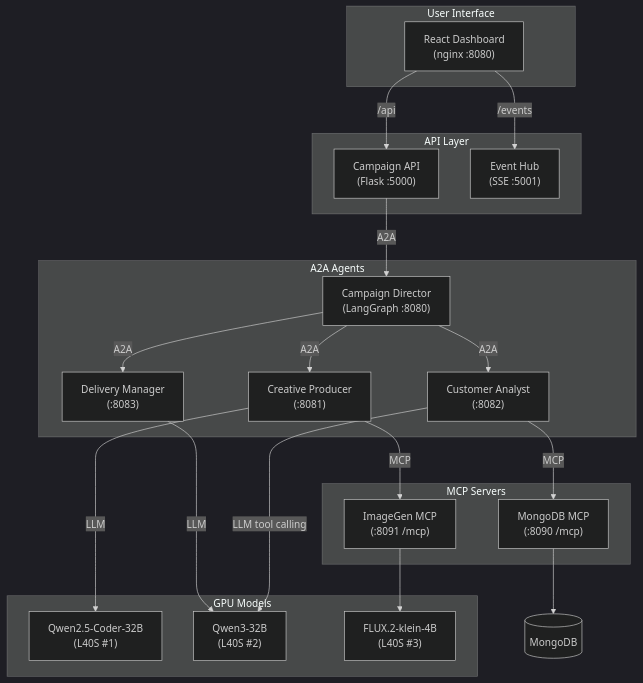
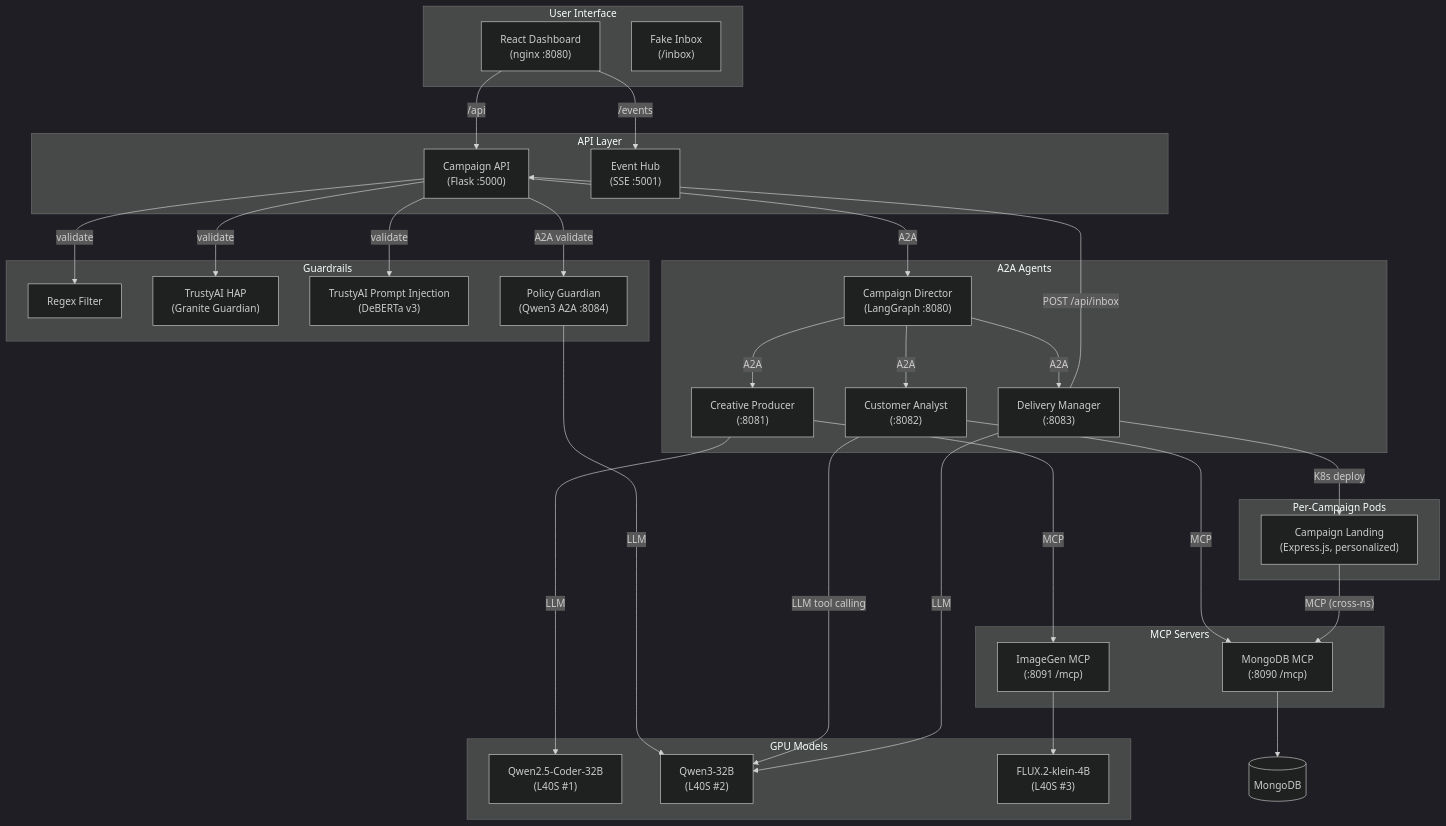
Before and after one commit to gymnatics/Marketing-Assistant-Demo: the diagram in README.md, drawn with Mermaid (dark theme). The commit also changed other lines of this file, not shown here.

First line of the commit message:
docs: comprehensive README update to match PRD/Architecture v4.1

````diff
--- a/README.md
+++ b/README.md
@@ -7,43 +7,63 @@
 ```mermaid
 flowchart TD
     subgraph ui [User Interface]
         Frontend["React Dashboard\n(nginx :8080)"]
+        Inbox["Fake Inbox\n(/inbox)"]
     end
 
     subgraph api [API Layer]
         CampaignAPI["Campaign API\n(Flask :5000)"]
         EventHub["Event Hub\n(SSE :5001)"]
+    end
+
+    subgraph guardrails [Guardrails]
+        Regex["Regex Filter"]
+        HAP["TrustyAI HAP\n(Granite Guardian)"]
+        PI["TrustyAI Prompt Injection\n(DeBERTa v3)"]
+        PG["Policy Guardian\n(Qwen3 A2A :8084)"]
     end
 
     subgraph agents [A2A Agents]
         Director["Campaign Director\n(LangGraph :8080)"]
         CP["Creative Producer\n(:8081)"]
         CA["Customer Analyst\n(:8082)"]
         DM["Delivery Manager\n(:8083)"]
     end
 
     subgraph mcp [MCP Servers]
         MongoMCP["MongoDB MCP\n(:8090 /mcp)"]
         ImageMCP["ImageGen MCP\n(:8091 /mcp)"]
     end
 
+    subgraph landing [Per-Campaign Pods]
+        Landing["Campaign Landing\n(Express.js, personalized)"]
+    end
+
     subgraph models [GPU Models]
         Coder["Qwen2.5-Coder-32B\n(L40S #1)"]
         Lang["Qwen3-32B\n(L40S #2)"]
         Flux["FLUX.2-klein-4B\n(L40S #3)"]
     end
 
     Frontend -->|"/api"| CampaignAPI
     Frontend -->|"/events"| EventHub
-    CampaignAPI -->|A2A| Director
+    CampaignAPI -->|validate| Regex
+    CampaignAPI -->|validate| HAP
+    CampaignAPI -->|validate| PI
+    CampaignAPI -->|"A2A validate"| PG
+    CampaignAPI -->|"A2A"| Director
+    PG -->|LLM| Lang
     Director -->|A2A| CP
     Director -->|A2A| CA
     Director -->|A2A| DM
     CP -->|MCP| ImageMCP
     CP -->|LLM| Coder
     CA -->|"LLM tool calling"| Lang
     CA -->|MCP| MongoMCP
     DM -->|LLM| Lang
+    DM -->|"K8s deploy"| Landing
+    DM -->|"POST /api/inbox"| CampaignAPI
     ImageMCP --> Flux
     MongoMCP --> DB[(MongoDB)]
+    Landing -->|"MCP (cross-ns)"| MongoMCP
 ```
````
